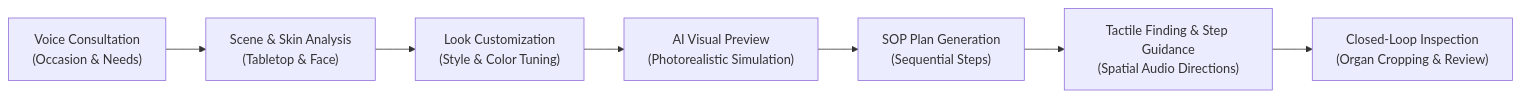
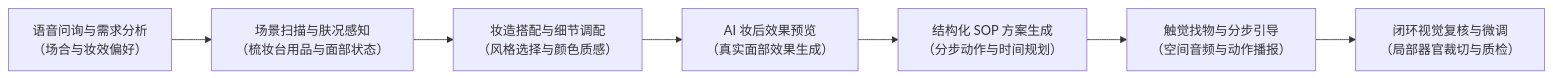
One commit to Karl-XZ/BeautySense changed the diagram in README.md. Above: the diagram before and after it, drawn with Mermaid. The commit also changed other lines of this file, not shown here.

Commit message:
docs: localize README to Chinese including system flowchart

````diff
--- a/README.md
+++ b/README.md
@@ -29,9 +29,9 @@
 ```mermaid
 flowchart LR
-    A["Voice Consultation<br/>(Occasion & Needs)"] --> B["Scene & Skin Analysis<br/>(Tabletop & Face)"]
-    B --> C["Look Customization<br/>(Style & Color Tuning)"]
-    C --> D["AI Visual Preview<br/>(Photorealistic Simulation)"]
-    D --> E["SOP Plan Generation<br/>(Sequential Steps)"]
-    E --> F["Tactile Finding & Step Guidance<br/>(Spatial Audio Directions)"]
-    F --> G["Closed-Loop Inspection<br/>(Organ Cropping & Review)"]
+    A["语音问询与需求分析<br/>（场合与妆效偏好）"] --> B["场景扫描与肤况感知<br/>（梳妆台用品与面部状态）"]
+    B --> C["妆造搭配与细节调配<br/>（风格选择与颜色质感）"]
+    C --> D["AI 妆后效果预览<br/>（真实面部效果生成）"]
+    D --> E["结构化 SOP 方案生成<br/>（分步动作与时间规划）"]
+    E --> F["触觉找物与分步引导<br/>（空间音频与动作播报）"]
+    F --> G["闭环视觉复核与微调<br/>（局部器官裁切与质检）"]
 ```
````
